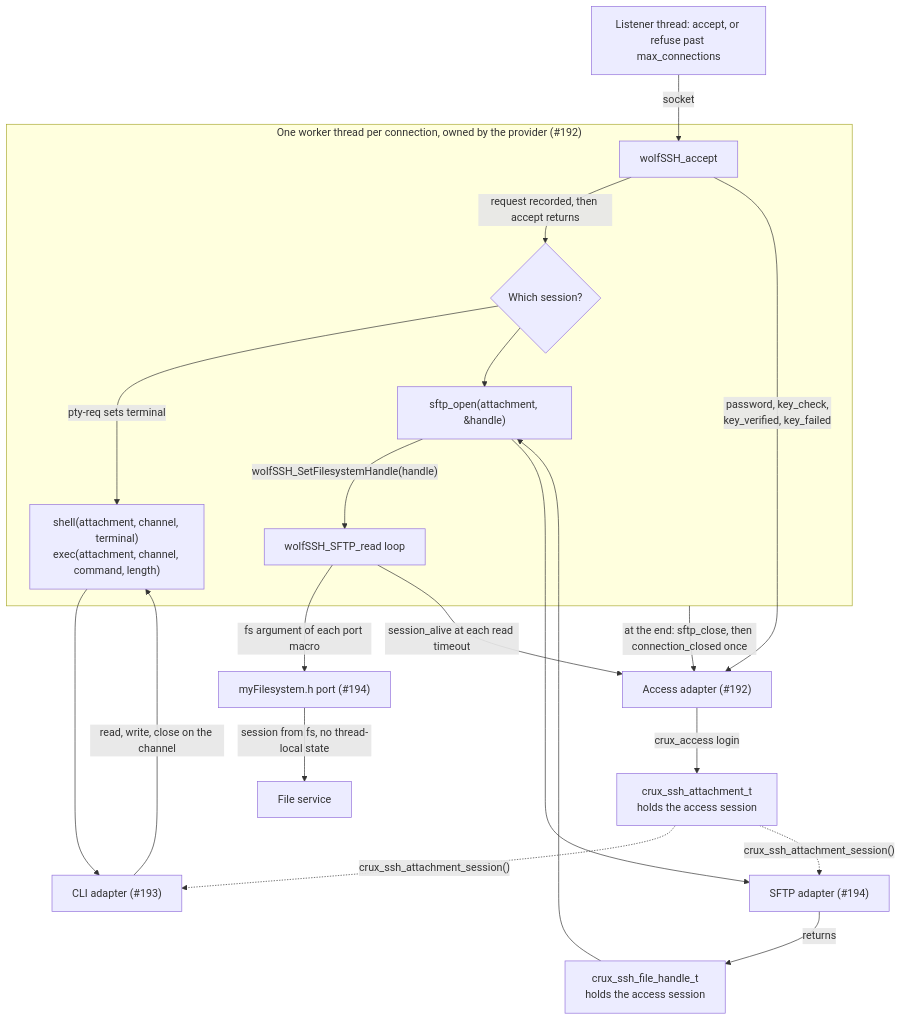
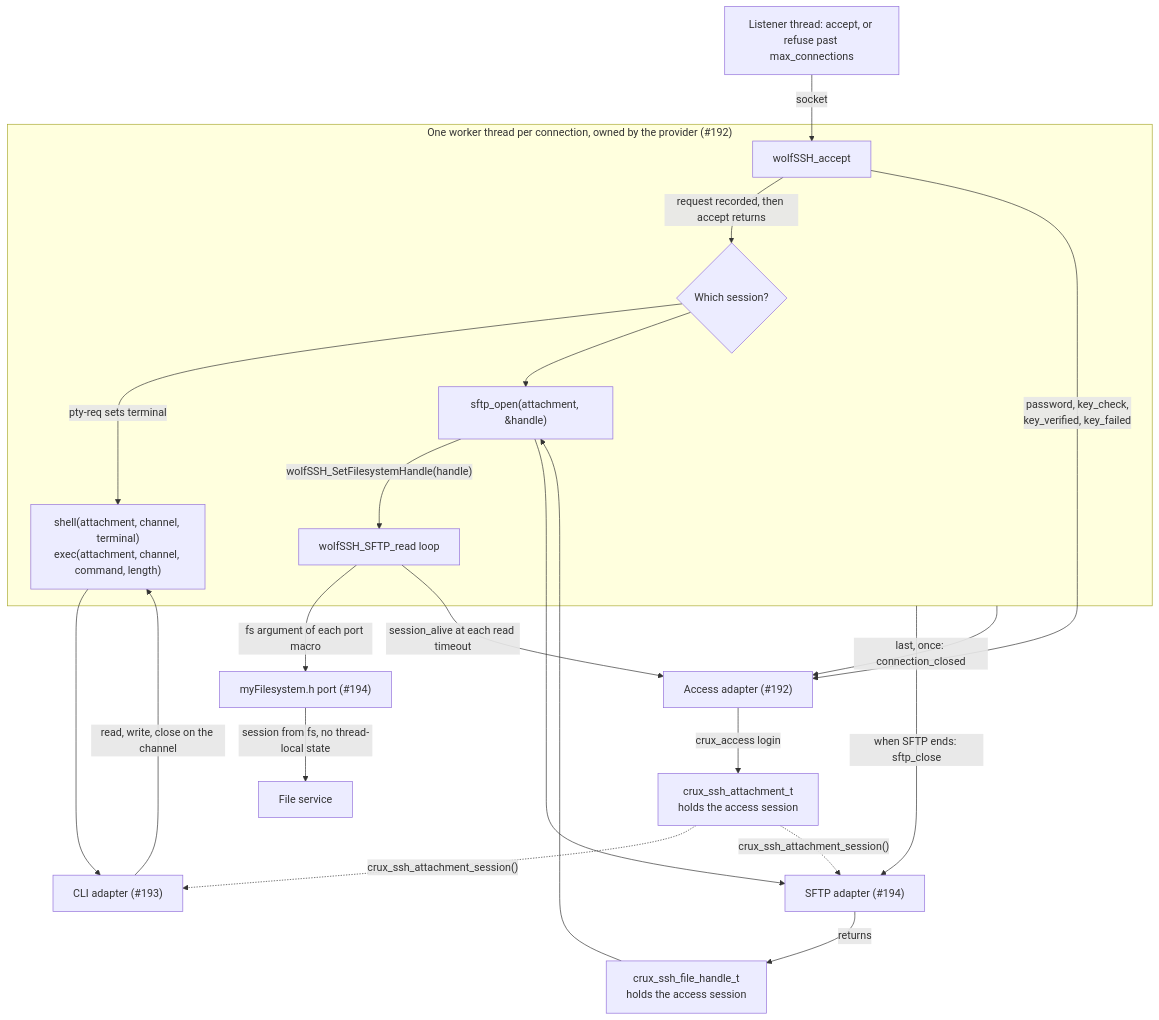
Before and after one commit to wonny-labs/crux-pilot: the diagram in docs/ssh-provider-contract.md, drawn with Mermaid. The commit also changed other lines of this file and 7 other files, not shown here.

````diff
--- a/docs/ssh-provider-contract.md
+++ b/docs/ssh-provider-contract.md
@@ -89,26 +90,27 @@
 ```mermaid
 flowchart TB
     listener["Listener thread: accept, or refuse past max_connections"] -->|socket| accept
     subgraph worker["One worker thread per connection, owned by the provider (#192)"]
         accept["wolfSSH_accept"]
         session{"Which session?"}
         loop["wolfSSH_SFTP_read loop"]
         accept -->|"request recorded, then accept returns"| session
         session -->|"pty-req sets terminal"| shellrun["shell(attachment, channel, terminal)<br/>exec(attachment, channel, command, length)"]
         session --> open["sftp_open(attachment, &handle)"]
         open -->|"wolfSSH_SetFilesystemHandle(handle)"| loop
     end
     accept -->|"password, key_check,<br/>key_verified, key_failed"| access["Access adapter (#192)"]
     access -->|"crux_access login"| attachment["crux_ssh_attachment_t<br/>holds the access session"]
     attachment -.->|"crux_ssh_attachment_session()"| cli["CLI adapter (#193)"]
     attachment -.->|"crux_ssh_attachment_session()"| sftp["SFTP adapter (#194)"]
     shellrun --> cli
     cli -->|"read, write, close on the channel"| shellrun
     open --> sftp
     sftp -->|"returns"| handle["crux_ssh_file_handle_t<br/>holds the access session"]
     handle --> open
     loop -->|"fs argument of each port macro"| port["myFilesystem.h port (#194)"]
     port -->|"session from fs, no thread-local state"| files["File service"]
     loop -->|"session_alive at each read timeout"| access
-    worker -->|"at the end: sftp_close, then connection_closed once"| access
+    worker -->|"when SFTP ends: sftp_close"| sftp
+    worker -->|"last, once: connection_closed"| access
 ```
````
